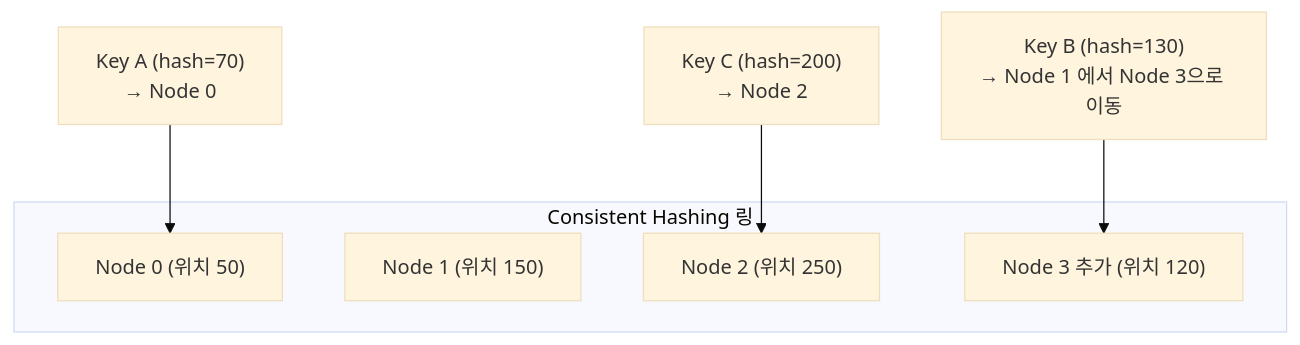
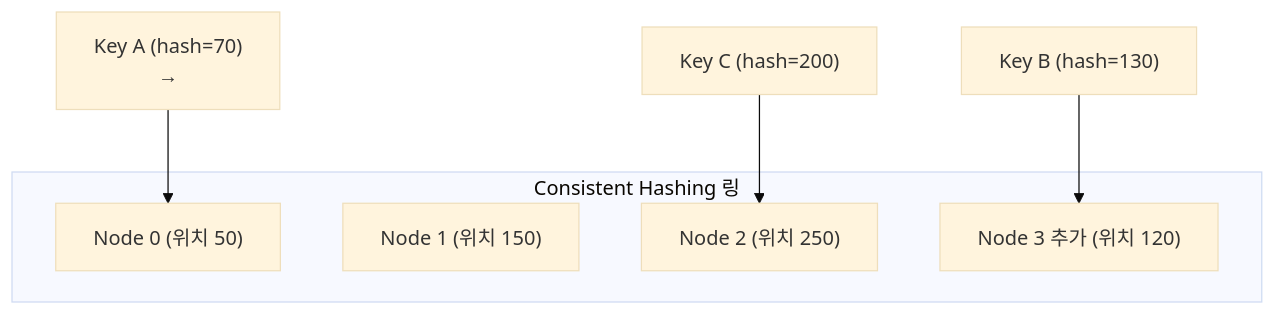
Before and after one commit to yjkim2015/yjkim2015.github.io: the fifth of 13 diagrams in _posts/db/2026-05-01-db-sharding.md, drawn with Mermaid (base theme). The commit also changed other lines of this file and 271 other files, not shown here.

First line of the commit message:
Mermaid 라벨 축소: 긴 노드 텍스트 18자 이하로 트림 + \n 제거

````diff
--- a/_posts/db/2026-05-01-db-sharding.md
+++ b/_posts/db/2026-05-01-db-sharding.md
@@ -119,12 +119,12 @@
 ```mermaid
 graph TD
     subgraph "Consistent Hashing 링"
         N0["Node 0 (위치 50)"]
         N1["Node 1 (위치 150)"]
         N2["Node 2 (위치 250)"]
         N3["Node 3 추가 (위치 120)"]
     end
-    K0["Key A (hash=70)\n→ Node 0"] --> N0
-    K1["Key B (hash=130)\n→ Node 1 에서 Node 3으로 이동"] --> N3
-    K2["Key C (hash=200)\n→ Node 2"] --> N2
+    K0["Key A (hash=70)\n→"] --> N0
+    K1["Key B (hash=130)\n"] --> N3
+    K2["Key C (hash=200)\n"] --> N2
 ```
````
